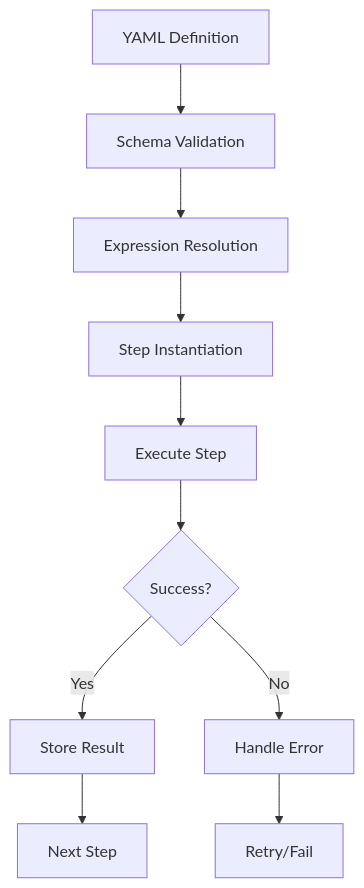
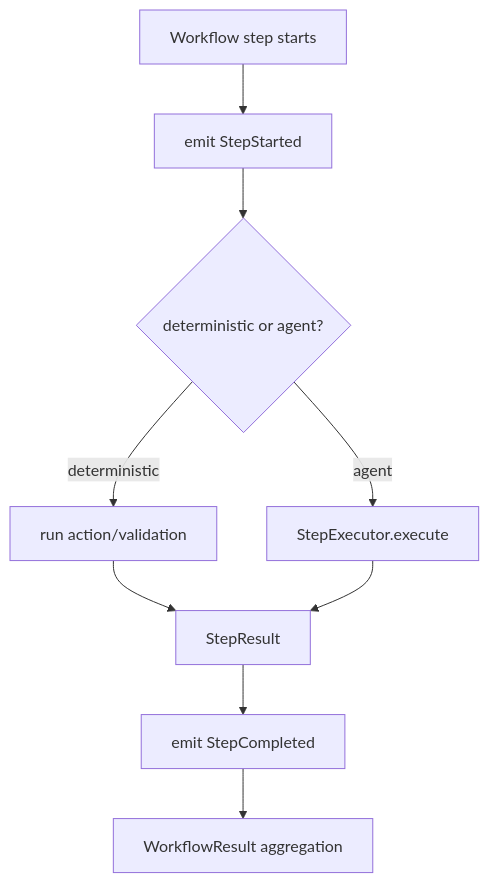
Before and after one commit to get2knowio/maverick: the diagram in docs/slidev/slides/part2/14-step-execution.md, drawn with Mermaid. The commit also changed other lines of this file and 14 other files, not shown here.

````diff
--- a/docs/slidev/slides/part2/14-step-execution.md
+++ b/docs/slidev/slides/part2/14-step-execution.md
@@ -105,12 +194,11 @@
-```mermaid {scale: 0.65}
+```mermaid {scale: 0.64}
 flowchart TD
-    A[YAML Definition] --> B[Schema Validation]
-    B --> C[Expression Resolution]
-    C --> D[Step Instantiation]
-    D --> E[Execute Step]
-    E --> F{Success?}
-    F -->|Yes| G[Store Result]
-    F -->|No| H[Handle Error]
-    G --> I[Next Step]
-    H --> J[Retry/Fail]
+    A[Workflow step starts] --> B[emit StepStarted]
+    B --> C{deterministic or agent?}
+    C -->|deterministic| D[run action/validation]
+    C -->|agent| E[StepExecutor.execute]
+    D --> F[StepResult]
+    E --> F
+    F --> G[emit StepCompleted]
+    G --> H[WorkflowResult aggregation]
 ```
````
